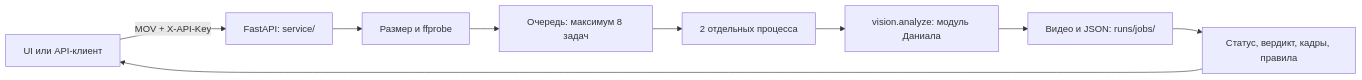
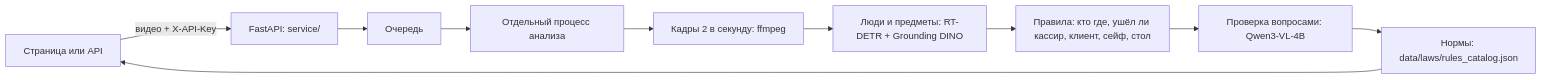
Before and after one commit to DanialMyrzatayevMuratovich/datathon26: the diagram in README.md, drawn with Mermaid. The commit also changed other lines of this file and 1 other file, not shown here.

Commit message:
[danial] checkpoint 11:03: README: clear install for macOS/Linux and Windows, models outside git (MODELS_DIR), results 97.5%, service URL, team of 4 (R9)

````diff
--- a/README.md
+++ b/README.md
@@ -23,11 +29,12 @@
 ```mermaid
 flowchart LR
-  user[UI или API-клиент] -->|MOV + X-API-Key| api[FastAPI: service/]
-  api --> probe[Размер и ffprobe]
-  probe --> queue[Очередь: максимум 8 задач]
-  queue --> workers[2 отдельных процесса]
-  workers --> vision[vision.analyze: модуль Даниала]
-  vision --> storage[Видео и JSON: runs/jobs/]
-  storage --> result[Статус, вердикт, кадры, правила]
-  result --> user
+  user[Страница или API] -->|видео + X-API-Key| api[FastAPI: service/]
+  api --> queue[Очередь]
+  queue --> worker[Отдельный процесс анализа]
+  worker --> frames[Кадры 2 в секунду: ffmpeg]
+  frames --> det[Люди и предметы: RT-DETR + Grounding DINO]
+  det --> rules[Правила: кто где, ушёл ли кассир, клиент, сейф, стол]
+  rules --> vlm[Проверка вопросами: Qwen3-VL-4B]
+  vlm --> laws[Нормы: data/laws/rules_catalog.json]
+  laws --> user
 ```
````
